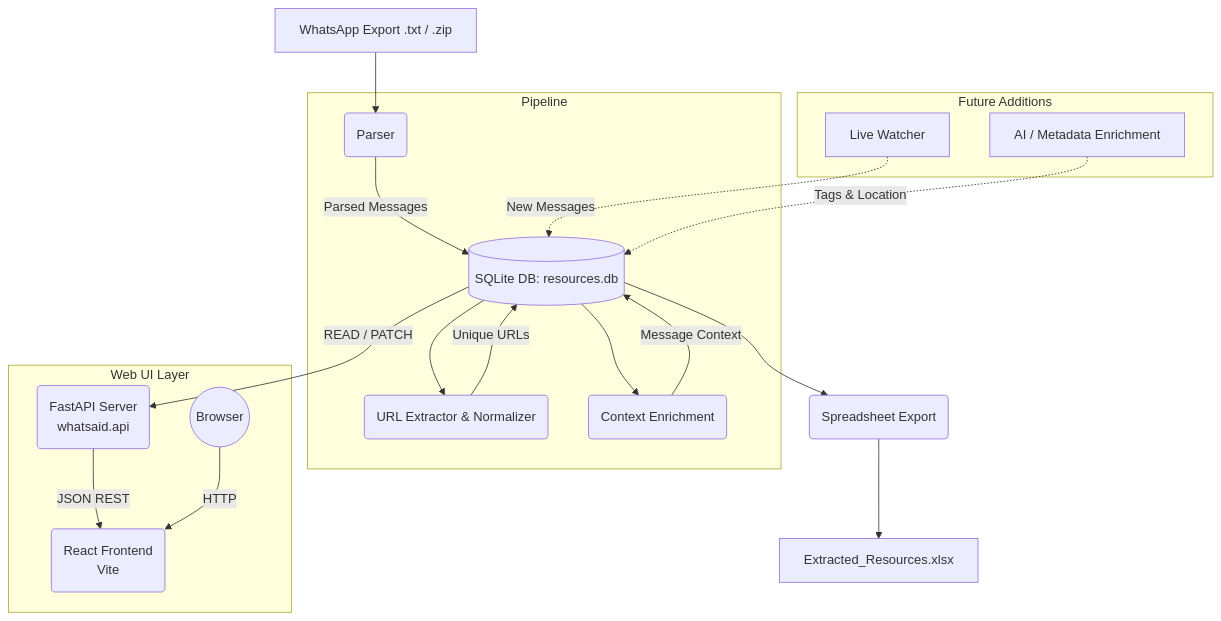
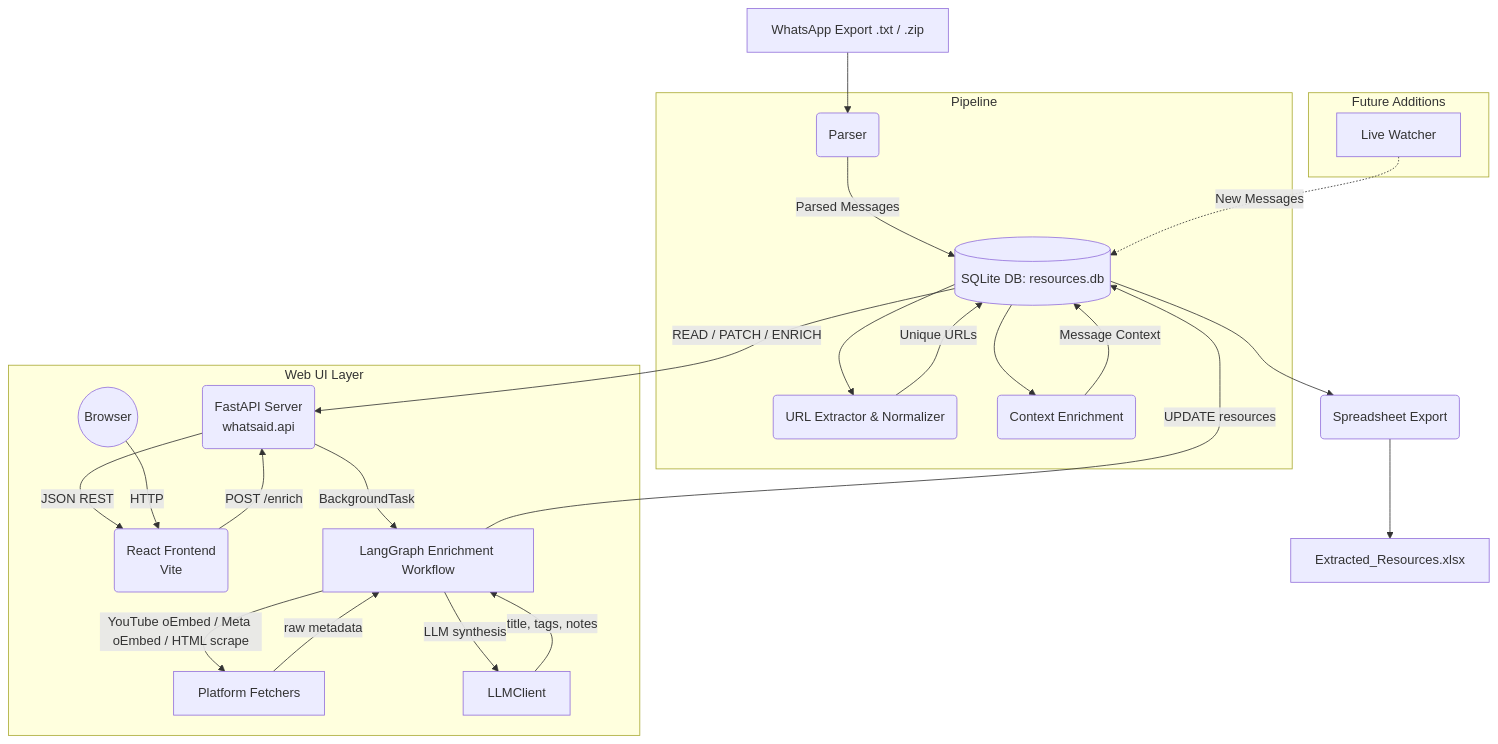
One commit to Akash-an/whatsaid changed the diagram in docs/architecture.md. Above: the diagram before and after it, drawn with Mermaid. The commit also changed other lines of this file and 39 other files, not shown here.

````diff
--- a/docs/architecture.md
+++ b/docs/architecture.md
@@ -7,26 +7,32 @@
 ```mermaid
 flowchart TD
     A[WhatsApp Export .txt / .zip] --> B(Parser)
 
     subgraph Pipeline
         B --> |Parsed Messages| C[(SQLite DB: resources.db)]
         C --> D(URL Extractor & Normalizer)
         D --> |Unique URLs| C
         C --> E(Context Enrichment)
         E --> |Message Context| C
     end
 
     C --> F(Spreadsheet Export)
     F --> G[Extracted_Resources.xlsx]
 
     subgraph Web UI Layer
-        C --> |READ / PATCH| H(FastAPI Server\nwhatsaid.api)
+        C --> |READ / PATCH / ENRICH| H(FastAPI Server\nwhatsaid.api)
         H --> |JSON REST| I(React Frontend\nVite)
         J((Browser)) --> |HTTP| I
+        I --> |POST /enrich| H
+        H --> |BackgroundTask| M[LangGraph Enrichment Workflow]
+        M --> |YouTube oEmbed / Meta oEmbed / HTML scrape| N[Platform Fetchers]
+        N --> |raw metadata| M
+        M --> |LLM synthesis| O[LLMClient]
+        O --> |title, tags, notes| M
+        M --> |UPDATE resources| C
     end
 
     subgraph Future Additions
         K[Live Watcher] -.-> |New Messages| C
-        L[AI / Metadata Enrichment] -.-> |Tags & Location| C
     end
 ```
````
